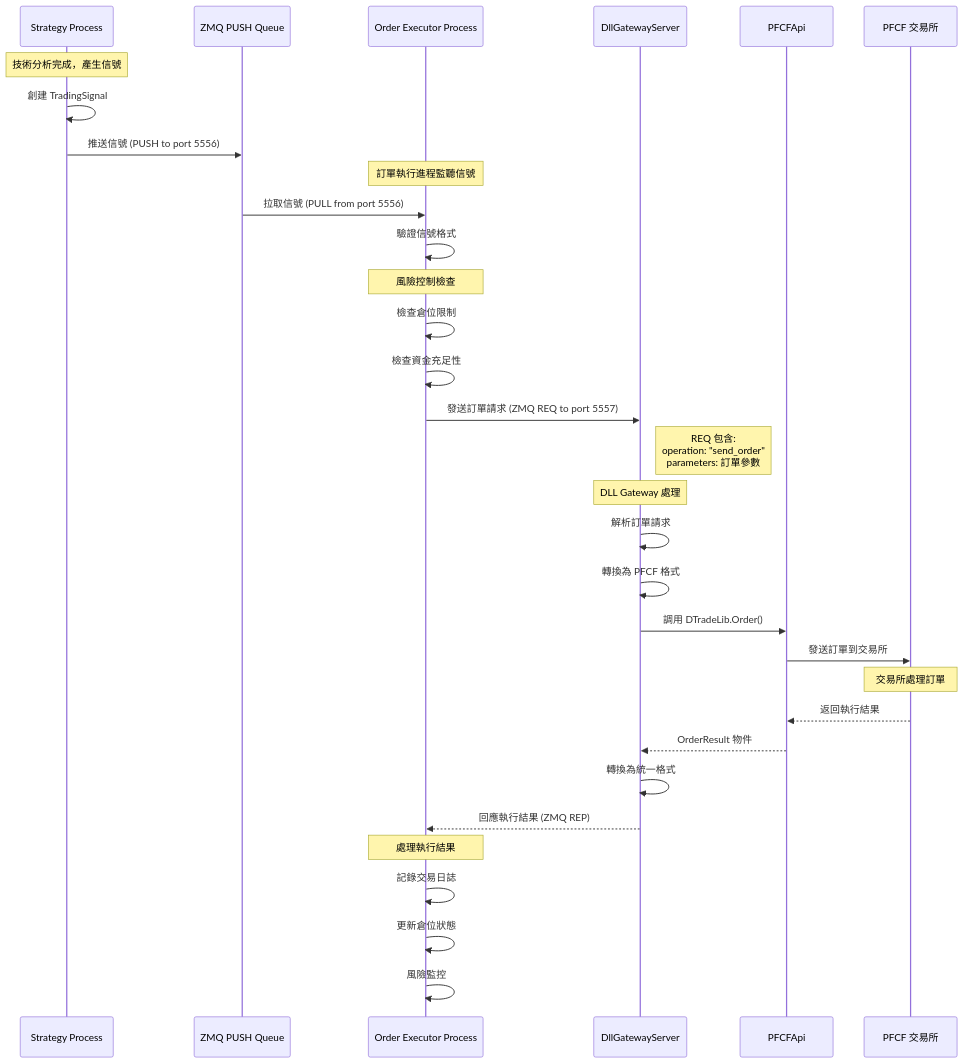
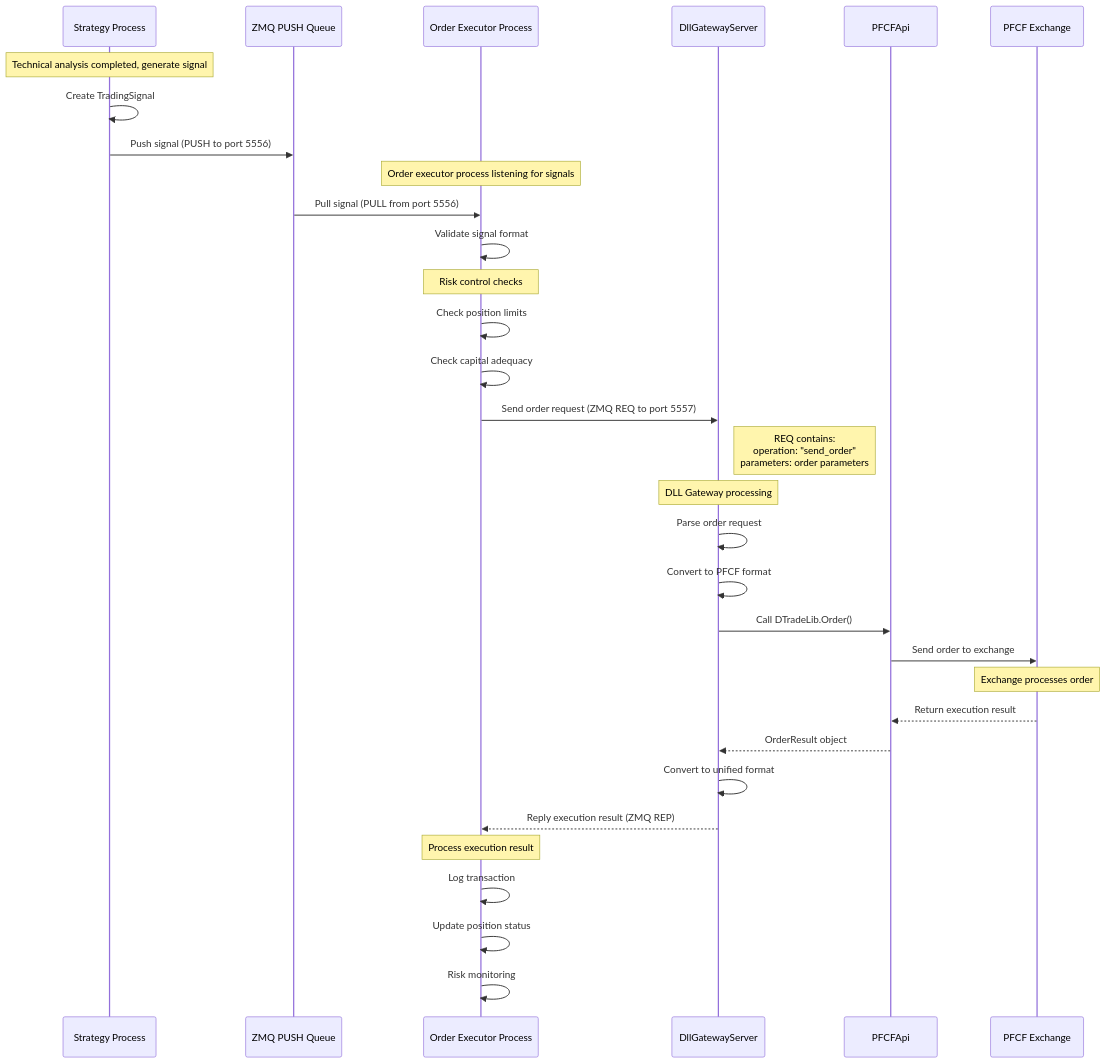
The seventh of 11 diagrams in docs/architecture/DETAILED_FLOW_DIAGRAMS.md (ttpss930141011/auto-futures-trading-machine), drawn with Mermaid before and after one commit. The commit also changed other lines of this file and 6 other files, not shown here.

````diff
--- a/docs/architecture/DETAILED_FLOW_DIAGRAMS.md
+++ b/docs/architecture/DETAILED_FLOW_DIAGRAMS.md
@@ -256,43 +256,43 @@
 ```mermaid
 sequenceDiagram
     participant Strategy as Strategy Process
     participant SignalQueue as ZMQ PUSH Queue
     participant OrderExec as Order Executor Process
     participant Gateway as DllGatewayServer
     participant API as PFCFApi
-    participant Exchange as PFCF 交易所
+    participant Exchange as PFCF Exchange
     
-    Note over Strategy: 技術分析完成，產生信號
-    Strategy->>Strategy: 創建 TradingSignal
-    Strategy->>SignalQueue: 推送信號 (PUSH to port 5556)
+    Note over Strategy: Technical analysis completed, generate signal
+    Strategy->>Strategy: Create TradingSignal
+    Strategy->>SignalQueue: Push signal (PUSH to port 5556)
     
-    Note over OrderExec: 訂單執行進程監聽信號
-    SignalQueue->>OrderExec: 拉取信號 (PULL from port 5556)
-    OrderExec->>OrderExec: 驗證信號格式
+    Note over OrderExec: Order executor process listening for signals
+    SignalQueue->>OrderExec: Pull signal (PULL from port 5556)
+    OrderExec->>OrderExec: Validate signal format
     
-    Note over OrderExec: 風險控制檢查
-    OrderExec->>OrderExec: 檢查倉位限制
-    OrderExec->>OrderExec: 檢查資金充足性
+    Note over OrderExec: Risk control checks
+    OrderExec->>OrderExec: Check position limits
+    OrderExec->>OrderExec: Check capital adequacy
     
-    OrderExec->>Gateway: 發送訂單請求 (ZMQ REQ to port 5557)
-    Note right of Gateway: REQ 包含:<br/>operation: "send_order"<br/>parameters: 訂單參數
+    OrderExec->>Gateway: Send order request (ZMQ REQ to port 5557)
+    Note right of Gateway: REQ contains:<br/>operation: "send_order"<br/>parameters: order parameters
     
-    Note over Gateway: DLL Gateway 處理
-    Gateway->>Gateway: 解析訂單請求
-    Gateway->>Gateway: 轉換為 PFCF 格式
+    Note over Gateway: DLL Gateway processing
+    Gateway->>Gateway: Parse order request
+    Gateway->>Gateway: Convert to PFCF format
     
-    Gateway->>API: 調用 DTradeLib.Order()
-    API->>Exchange: 發送訂單到交易所
+    Gateway->>API: Call DTradeLib.Order()
+    API->>Exchange: Send order to exchange
     
-    Note over Exchange: 交易所處理訂單
-    Exchange-->>API: 返回執行結果
-    API-->>Gateway: OrderResult 物件
+    Note over Exchange: Exchange processes order
+    Exchange-->>API: Return execution result
+    API-->>Gateway: OrderResult object
     
-    Gateway->>Gateway: 轉換為統一格式
-    Gateway-->>OrderExec: 回應執行結果 (ZMQ REP)
+    Gateway->>Gateway: Convert to unified format
+    Gateway-->>OrderExec: Reply execution result (ZMQ REP)
     
-    Note over OrderExec: 處理執行結果
-    OrderExec->>OrderExec: 記錄交易日誌
-    OrderExec->>OrderExec: 更新倉位狀態
-    OrderExec->>OrderExec: 風險監控
+    Note over OrderExec: Process execution result
+    OrderExec->>OrderExec: Log transaction
+    OrderExec->>OrderExec: Update position status
+    OrderExec->>OrderExec: Risk monitoring
 ```
````
